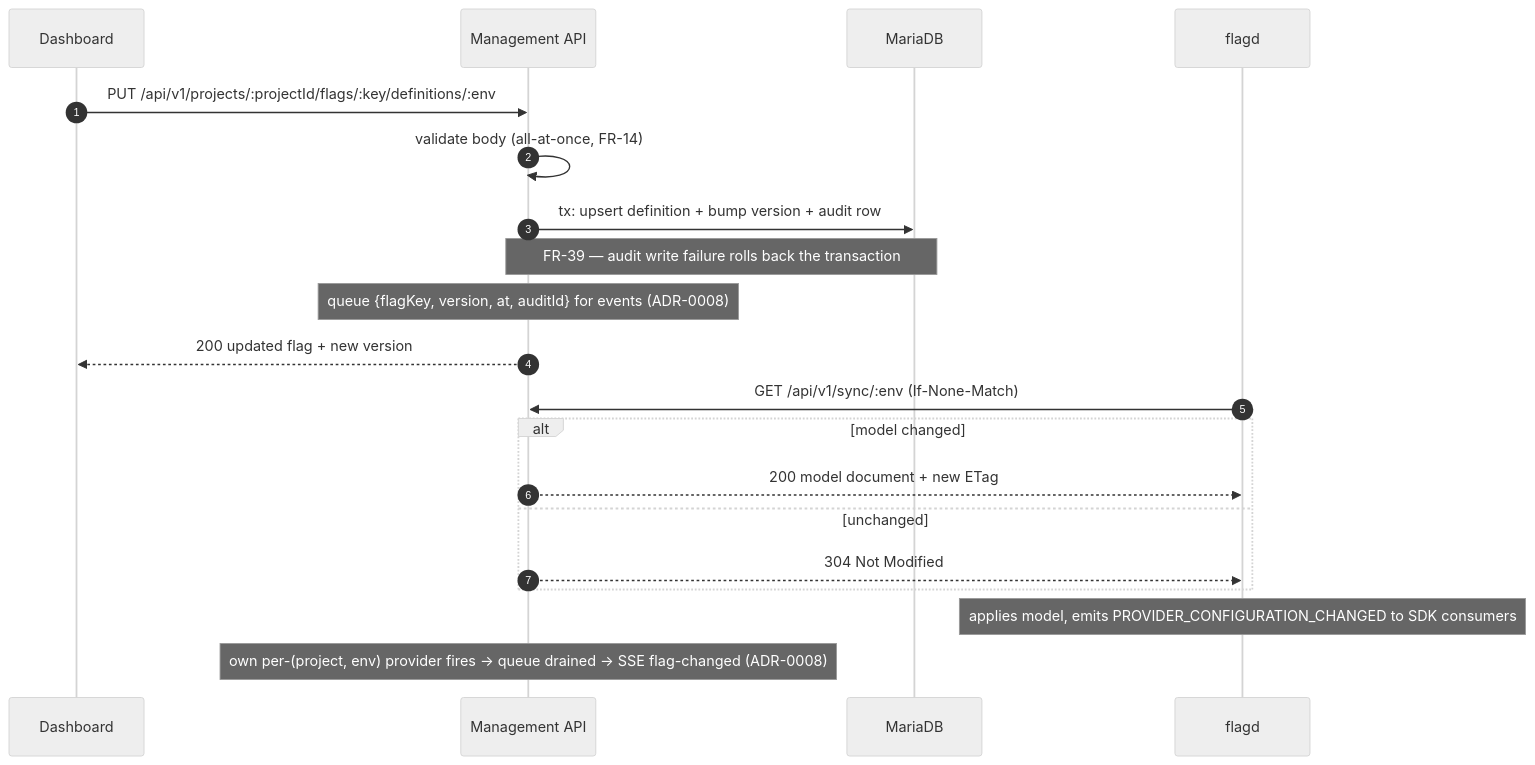
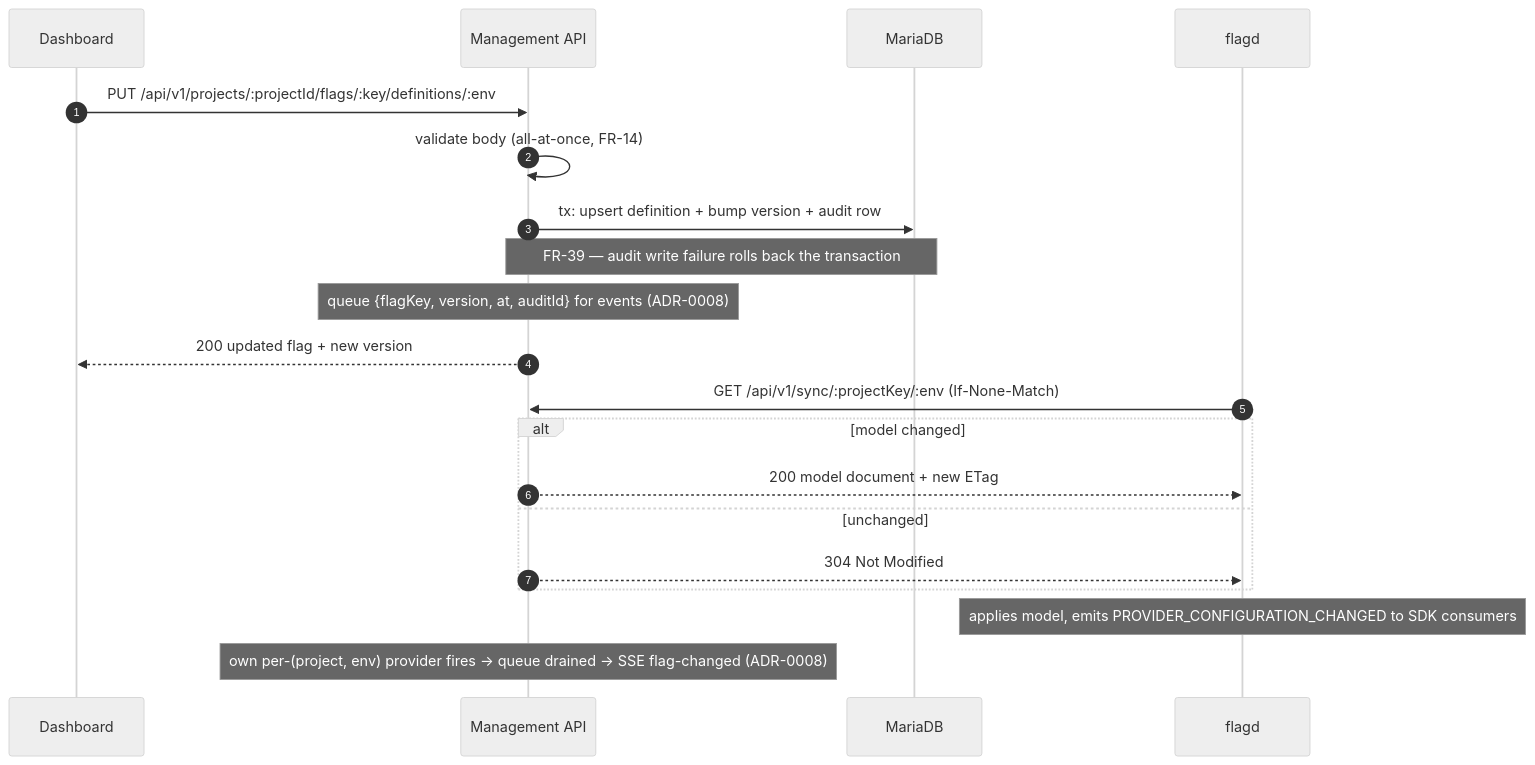
Before and after one commit to kokhoui83/flag-management-system-v2: the second of 5 diagrams in docs/02-architecture.md, drawn with Mermaid (neutral theme). The commit also changed other lines of this file and 25 other files, not shown here.

````diff
--- a/docs/02-architecture.md
+++ b/docs/02-architecture.md
@@ -223,23 +223,23 @@
 ```mermaid
 sequenceDiagram
     autonumber
     participant D as Dashboard
     participant API as Management API
     participant DB as MariaDB
     participant F as flagd
 
     D->>API: PUT /api/v1/projects/:projectId/flags/:key/definitions/:env
     API->>API: validate body (all-at-once, FR-14)
     API->>DB: tx: upsert definition + bump version + audit row
     Note over API,DB: FR-39 — audit write failure rolls back the transaction
     Note over API: queue {flagKey, version, at, auditId} for events (ADR-0008)
     API-->>D: 200 updated flag + new version
-    F->>API: GET /api/v1/sync/:env (If-None-Match)
+    F->>API: GET /api/v1/sync/:projectKey/:env (If-None-Match)
     alt model changed
         API-->>F: 200 model document + new ETag
     else unchanged
         API-->>F: 304 Not Modified
     end
     Note over F: applies model, emits PROVIDER_CONFIGURATION_CHANGED to SDK consumers
     Note over API: own per-(project, env) provider fires → queue drained → SSE flag-changed (ADR-0008)
 ```
````
